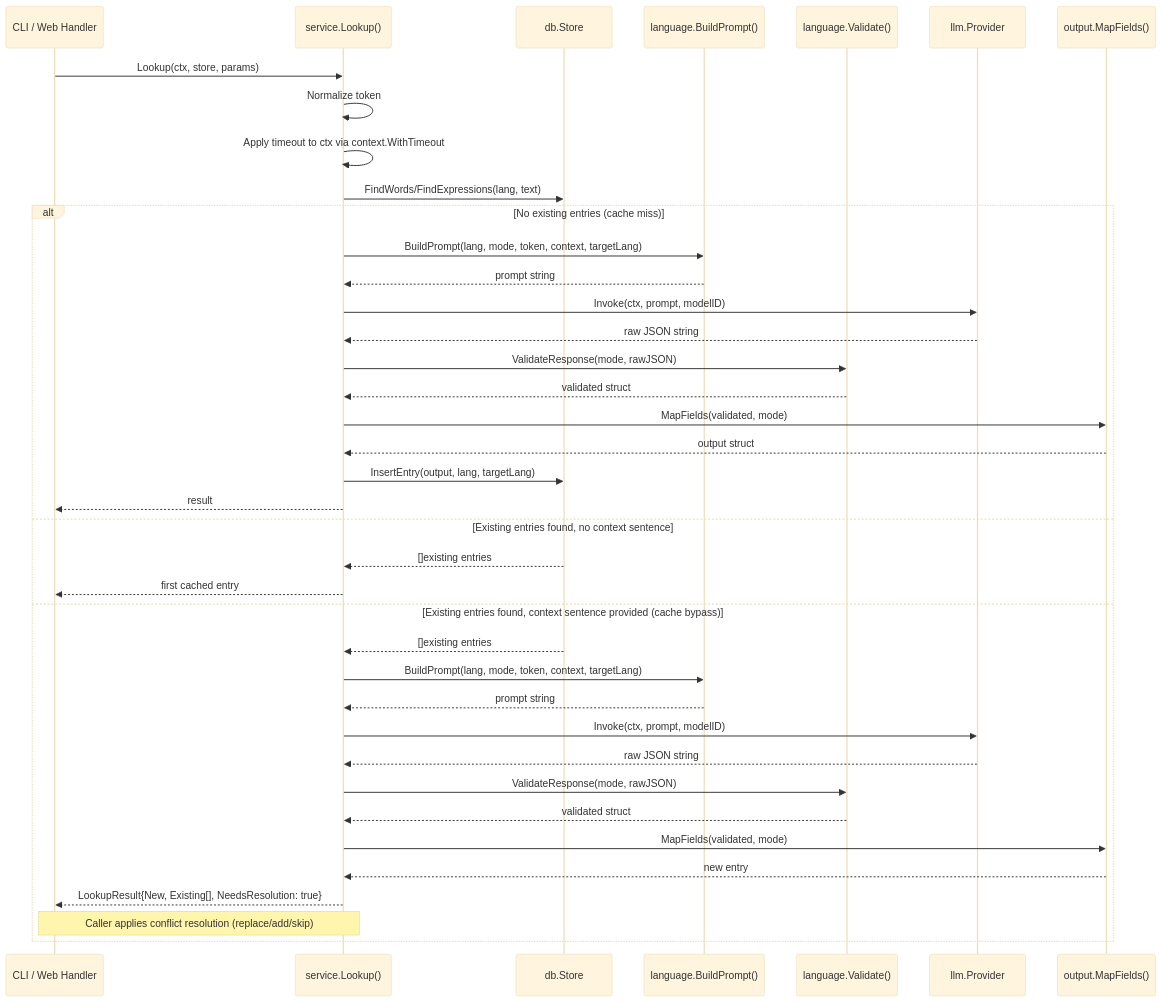
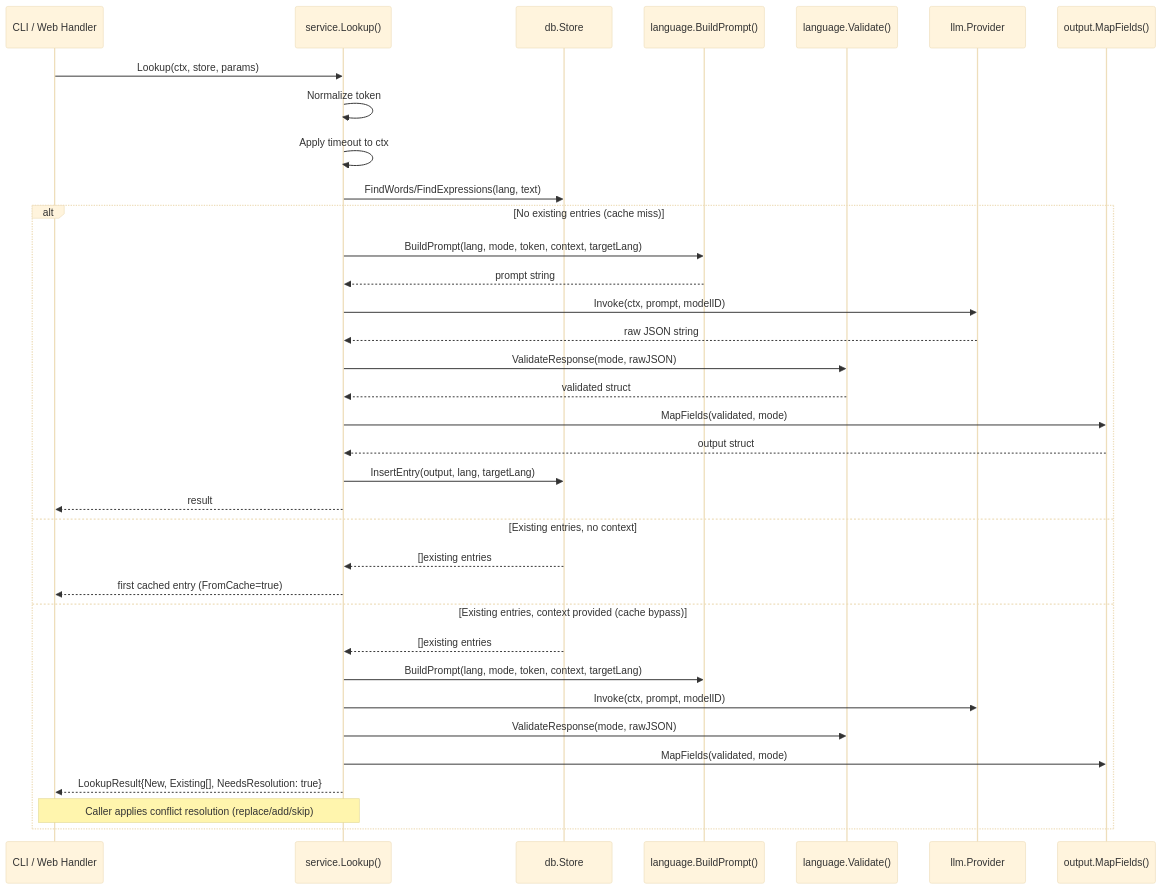
The second of 4 diagrams in docs/architecture.md (npozs77/VocabGen), drawn with Mermaid (base theme) before and after one commit. The commit also changed other lines of this file and 3 other files, not shown here.

````diff
--- a/docs/architecture.md
+++ b/docs/architecture.md
@@ -70,42 +172,38 @@
 ```mermaid
 sequenceDiagram
     participant C as CLI / Web Handler
     participant S as service.Lookup()
     participant DB as db.Store
     participant L as language.BuildPrompt()
     participant V as language.Validate()
     participant P as llm.Provider
     participant O as output.MapFields()
 
     C->>S: Lookup(ctx, store, params)
     S->>S: Normalize token
-    S->>S: Apply timeout to ctx via context.WithTimeout
+    S->>S: Apply timeout to ctx
     S->>DB: FindWords/FindExpressions(lang, text)
     alt No existing entries (cache miss)
         S->>L: BuildPrompt(lang, mode, token, context, targetLang)
         L-->>S: prompt string
         S->>P: Invoke(ctx, prompt, modelID)
         P-->>S: raw JSON string
         S->>V: ValidateResponse(mode, rawJSON)
         V-->>S: validated struct
         S->>O: MapFields(validated, mode)
         O-->>S: output struct
         S->>DB: InsertEntry(output, lang, targetLang)
         S-->>C: result
-    else Existing entries found, no context sentence
+    else Existing entries, no context
         DB-->>S: []existing entries
-        S-->>C: first cached entry
-    else Existing entries found, context sentence provided (cache bypass)
+        S-->>C: first cached entry (FromCache=true)
+    else Existing entries, context provided (cache bypass)
         DB-->>S: []existing entries
         S->>L: BuildPrompt(lang, mode, token, context, targetLang)
-        L-->>S: prompt string
         S->>P: Invoke(ctx, prompt, modelID)
-        P-->>S: raw JSON string
         S->>V: ValidateResponse(mode, rawJSON)
-        V-->>S: validated struct
         S->>O: MapFields(validated, mode)
-        O-->>S: new entry
         S-->>C: LookupResult{New, Existing[], NeedsResolution: true}
         Note over C,S: Caller applies conflict resolution (replace/add/skip)
     end
 ```
````
